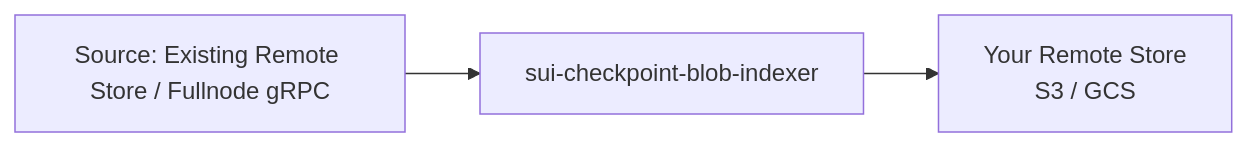
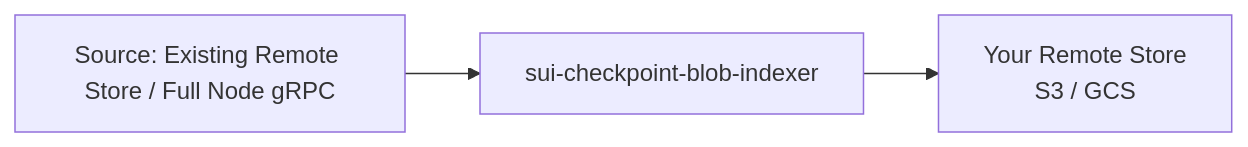
One commit to MystenLabs/sui changed the diagram in docs/content/guides/operator/remote-store-setup.mdx. Above: the diagram before and after it, drawn with Mermaid. The commit also changed other lines of this file, not shown here.

````diff
--- a/docs/content/guides/operator/remote-store-setup.mdx
+++ b/docs/content/guides/operator/remote-store-setup.mdx
@@ -11,5 +11,5 @@
 ```mermaid
 graph LR
-    A[Source: Existing Remote Store / Fullnode gRPC] --> B[sui-checkpoint-blob-indexer]
+    A[Source: Existing Remote Store / Full Node gRPC] --> B[sui-checkpoint-blob-indexer]
     B --> C[Your Remote Store<br/>S3 / GCS]
 ```
````
